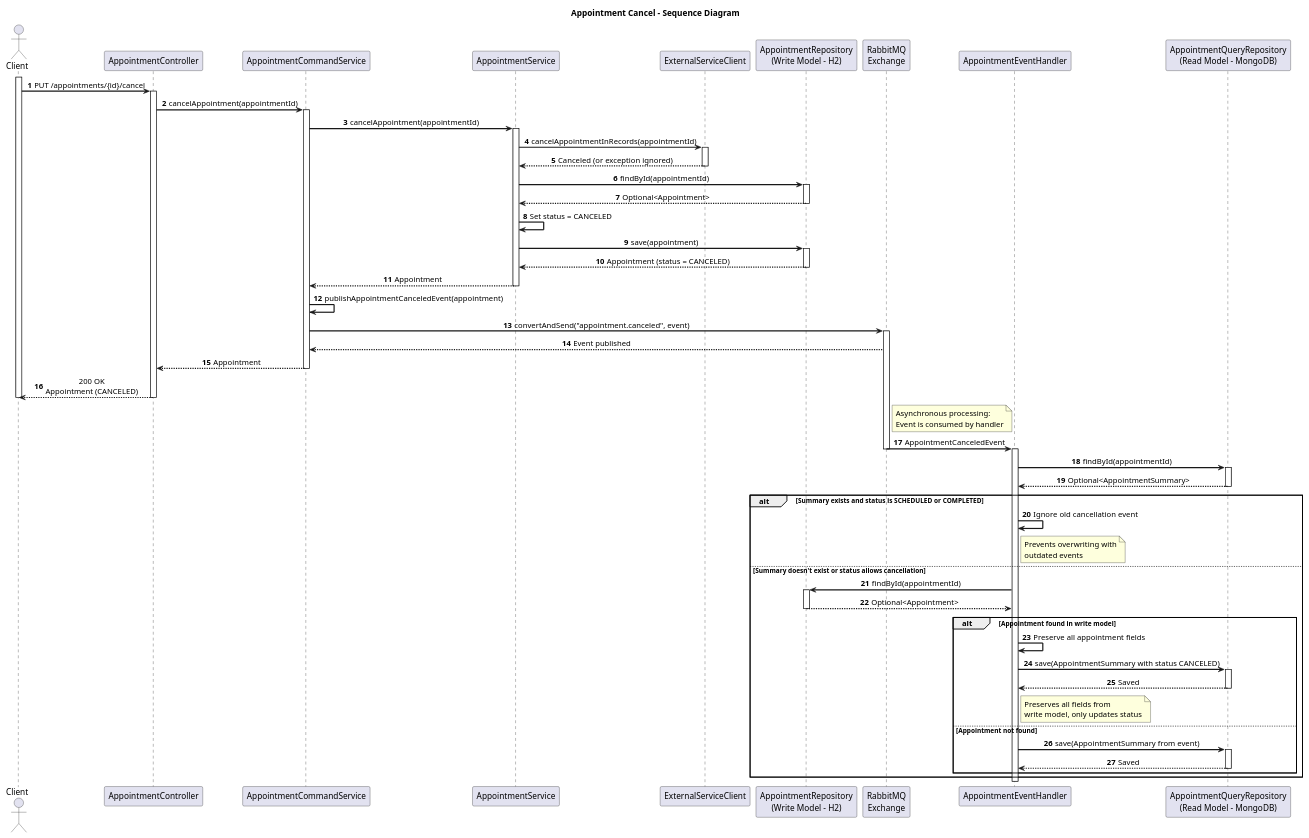
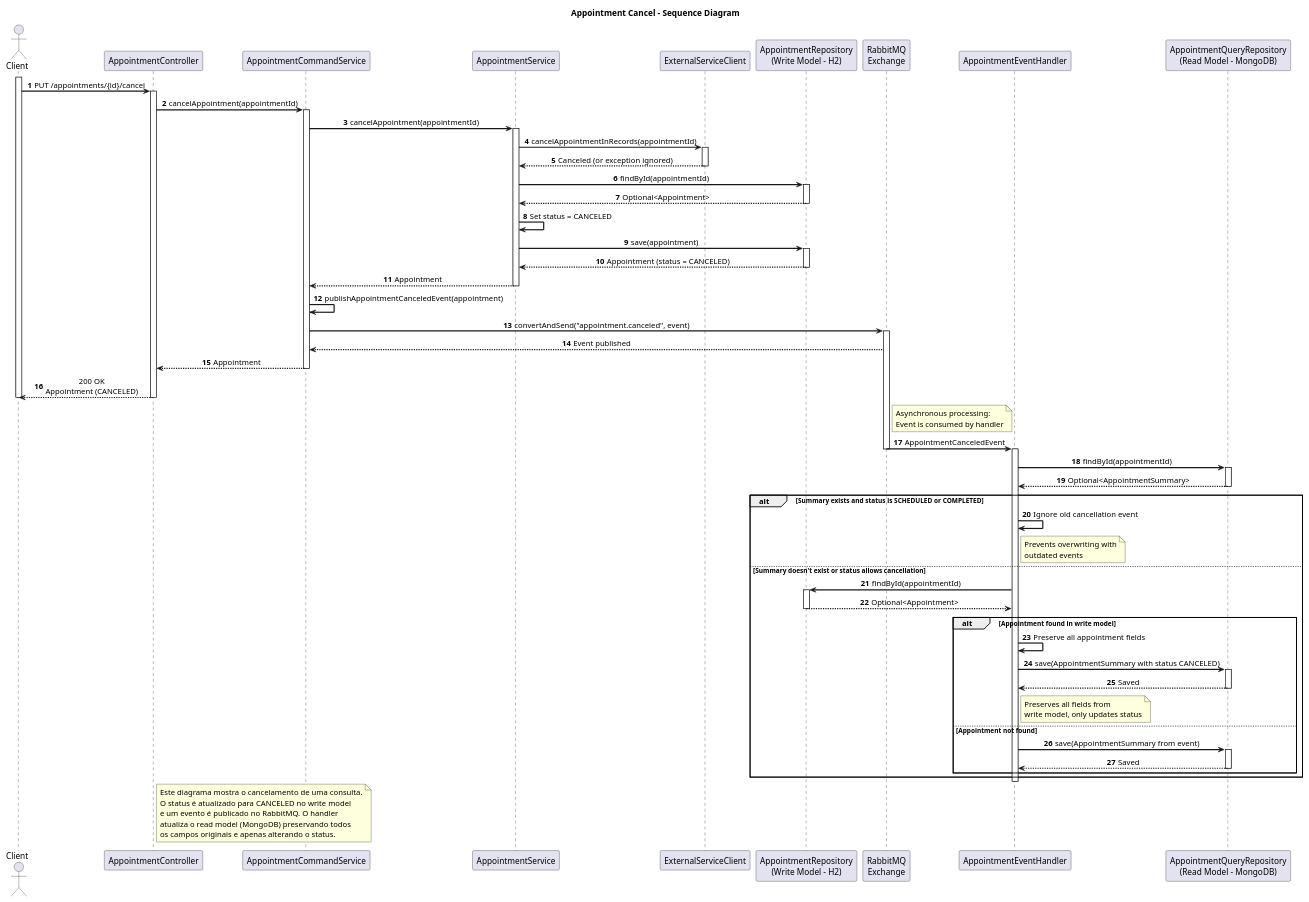
Before and after one commit to pedrods05/LETI_SIDIS_3DA_6: the diagram in DOCS2/C4+1/AppointmentCancel-Sequence.puml, drawn with PlantUML. The commit also changed 11 other files, not shown here.

```diff
--- a/DOCS2/C4+1/AppointmentCancel-Sequence.puml
+++ b/DOCS2/C4+1/AppointmentCancel-Sequence.puml
@@ -1,107 +1,115 @@
 @startuml AppointmentCancel-Sequence
 skinparam backgroundColor #FFFFFF
 skinparam sequenceMessageAlign center
 skinparam sequenceArrowThickness 2
 
 title Appointment Cancel - Sequence Diagram
 
 actor Client
 participant "AppointmentController" as Controller
 participant "AppointmentCommandService" as CommandService
 participant "AppointmentService" as Service
 participant "ExternalServiceClient" as ExternalClient
 participant "AppointmentRepository\n(Write Model - H2)" as WriteRepo
 participant "RabbitMQ\nExchange" as RabbitMQ
 participant "AppointmentEventHandler" as EventHandler
 participant "AppointmentQueryRepository\n(Read Model - MongoDB)" as ReadRepo
 
 autonumber
 activate Client
 Client -> Controller: PUT /appointments/{id}/cancel
 activate Controller
 
 Controller -> CommandService: cancelAppointment(appointmentId)
 activate CommandService
 
 CommandService -> Service: cancelAppointment(appointmentId)
 activate Service
 
 Service -> ExternalClient: cancelAppointmentInRecords(appointmentId)
 activate ExternalClient
 ExternalClient --> Service: Canceled (or exception ignored)
 deactivate ExternalClient
 
 Service -> WriteRepo: findById(appointmentId)
 activate WriteRepo
 WriteRepo --> Service: Optional<Appointment>
 deactivate WriteRepo
 
 Service -> Service: Set status = CANCELED
 Service -> WriteRepo: save(appointment)
 activate WriteRepo
 WriteRepo --> Service: Appointment (status = CANCELED)
 deactivate WriteRepo
 
 Service --> CommandService: Appointment
 deactivate Service
 
 CommandService -> CommandService: publishAppointmentCanceledEvent(appointment)
 CommandService -> RabbitMQ: convertAndSend("appointment.canceled", event)
 activate RabbitMQ
 RabbitMQ --> CommandService: Event published
 
 
 CommandService --> Controller: Appointment
 deactivate CommandService
 
 Controller --> Client: 200 OK\nAppointment (CANCELED)
 deactivate Controller
 deactivate Client
 
 note right of RabbitMQ
   Asynchronous processing:
   Event is consumed by handler
 end note
 
 RabbitMQ -> EventHandler: AppointmentCanceledEvent
 deactivate RabbitMQ
 activate EventHandler
 
 EventHandler -> ReadRepo: findById(appointmentId)
 activate ReadRepo
 ReadRepo --> EventHandler: Optional<AppointmentSummary>
 deactivate ReadRepo
 
 alt Summary exists and status is SCHEDULED or COMPLETED
     EventHandler -> EventHandler: Ignore old cancellation event
     note right of EventHandler
       Prevents overwriting with
       outdated events
     end note
 else Summary doesn't exist or status allows cancellation
     EventHandler -> WriteRepo: findById(appointmentId)
     activate WriteRepo
     WriteRepo --> EventHandler: Optional<Appointment>
     deactivate WriteRepo
 
     alt Appointment found in write model
         EventHandler -> EventHandler: Preserve all appointment fields
         EventHandler -> ReadRepo: save(AppointmentSummary with status CANCELED)
         activate ReadRepo
         ReadRepo --> EventHandler: Saved
         deactivate ReadRepo
         note right of EventHandler
           Preserves all fields from
           write model, only updates status
         end note
     else Appointment not found
         EventHandler -> ReadRepo: save(AppointmentSummary from event)
         activate ReadRepo
         ReadRepo --> EventHandler: Saved
         deactivate ReadRepo
     end
 end
 
 deactivate EventHandler
 
+note right of Controller
+  Este diagrama mostra o cancelamento de uma consulta.
+  O status é atualizado para CANCELED no write model
+  e um evento é publicado no RabbitMQ. O handler
+  atualiza o read model (MongoDB) preservando todos
+  os campos originais e apenas alterando o status.
+end note
+
 @enduml
```
